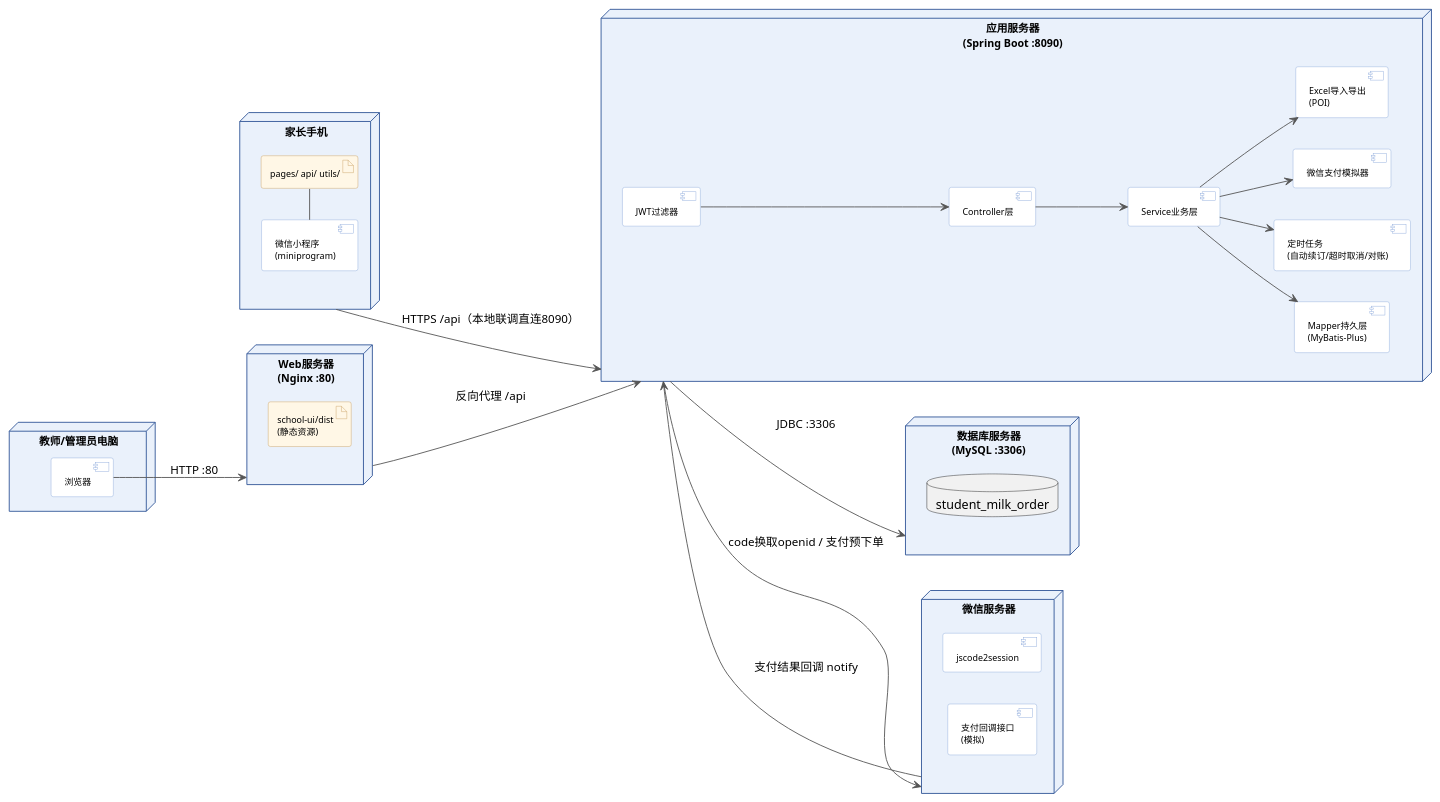
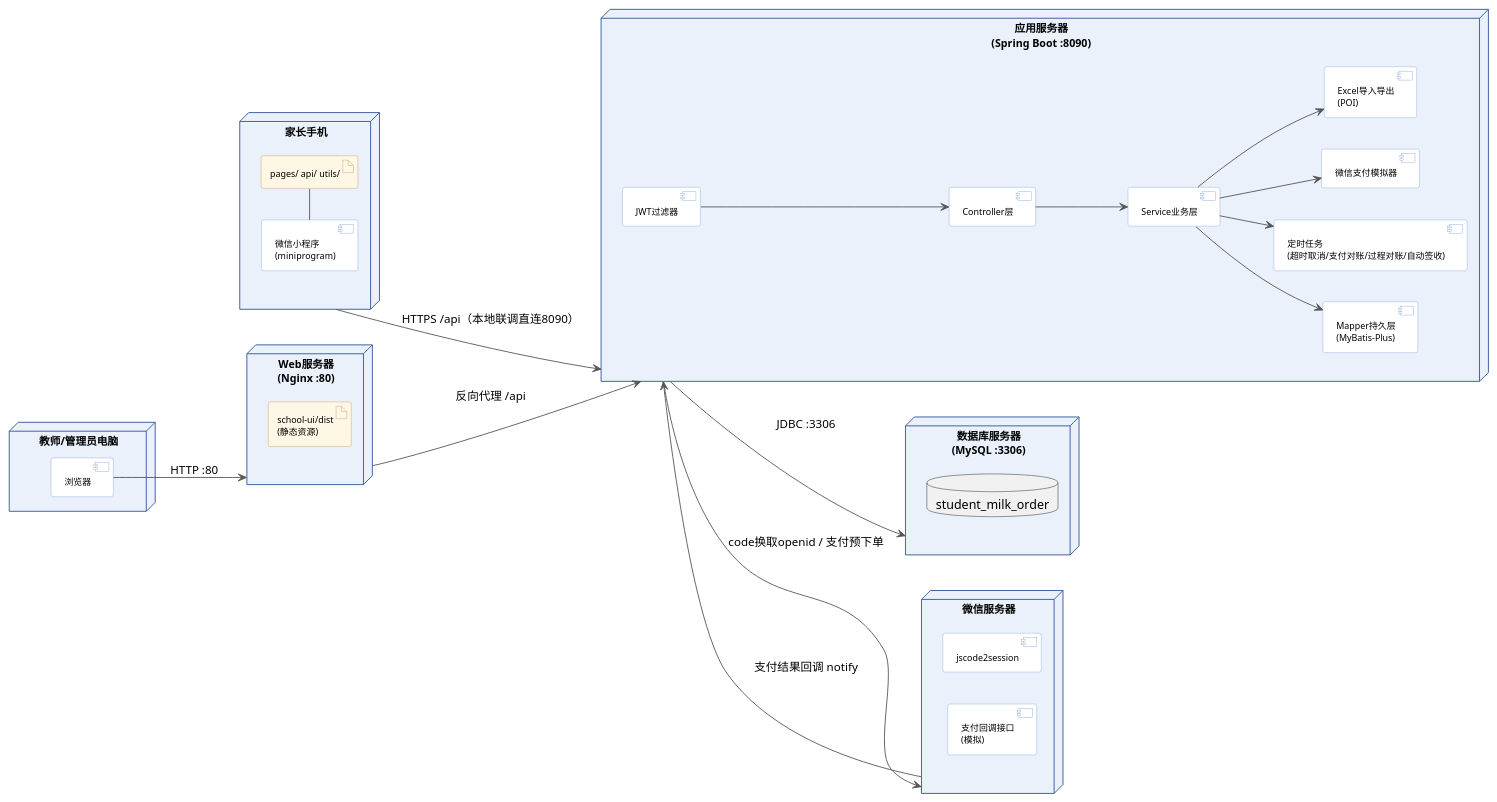
One commit to Tourweint/student-milk-order changed the diagram in docs/基线文档/UML/部署图.puml. Above: the diagram before and after it, drawn with PlantUML. The commit also changed 65 other files, not shown here.

```diff
--- a/docs/基线文档/UML/部署图.puml
+++ b/docs/基线文档/UML/部署图.puml
@@ -1,68 +1,68 @@
 @startuml 学生奶订购系统-部署图
 ' 部署图：与 docs/基线文档/系统架构.md 部署架构一致
 skinparam defaultFontName "Microsoft YaHei"
 skinparam node {
   FontSize 12
   BorderColor #2F5496
   BackgroundColor #EAF1FB
 }
 skinparam component {
   FontSize 10
   BorderColor #8EAADB
   BackgroundColor #FFFFFF
 }
 skinparam arrowColor #555555
 skinparam artifact {
   FontSize 10
   BackgroundColor #FFF7E6
   BorderColor #C9A063
 }
 left to right direction
 
 node "家长手机" as PHONE {
   component "微信小程序\n(miniprogram)" as MP
   artifact "pages/ api/ utils/" as MPFILE
   MP - MPFILE
 }
 
 node "教师/管理员电脑" as PC {
   component "浏览器" as BR
 }
 
 node "Web服务器\n(Nginx :80)" as NGINX {
   artifact "school-ui/dist\n(静态资源)" as DIST
 }
 
 node "应用服务器\n(Spring Boot :8090)" as APP {
   component "JWT过滤器" as JWT
   component "Controller层" as CTRL
   component "Service业务层" as SVC
   component "Mapper持久层\n(MyBatis-Plus)" as MAPPER
-  component "定时任务\n(自动续订/超时取消/对账)" as JOB
+  component "定时任务\n(超时取消/支付对账/过程对账/自动签收)" as JOB
   component "微信支付模拟器" as PAYSIM
   component "Excel导入导出\n(POI)" as POI
   JWT --> CTRL
   CTRL --> SVC
   SVC --> MAPPER
   SVC --> JOB
   SVC --> PAYSIM
   SVC --> POI
 }
 
 node "数据库服务器\n(MySQL :3306)" as DB {
   database "student_milk_order" as SCHEMA
 }
 
 node "微信服务器" as WX {
   component "jscode2session" as JS2S
   component "支付回调接口\n(模拟)" as PAYCALL
 }
 
 PHONE --> APP : "HTTPS /api（本地联调直连8090）"
 BR --> NGINX : "HTTP :80"
 NGINX --> APP : "反向代理 /api"
 APP --> DB : "JDBC :3306"
 APP --> WX : "code换取openid / 支付预下单"
 WX --> APP : "支付结果回调 notify"
 
 @enduml
```
